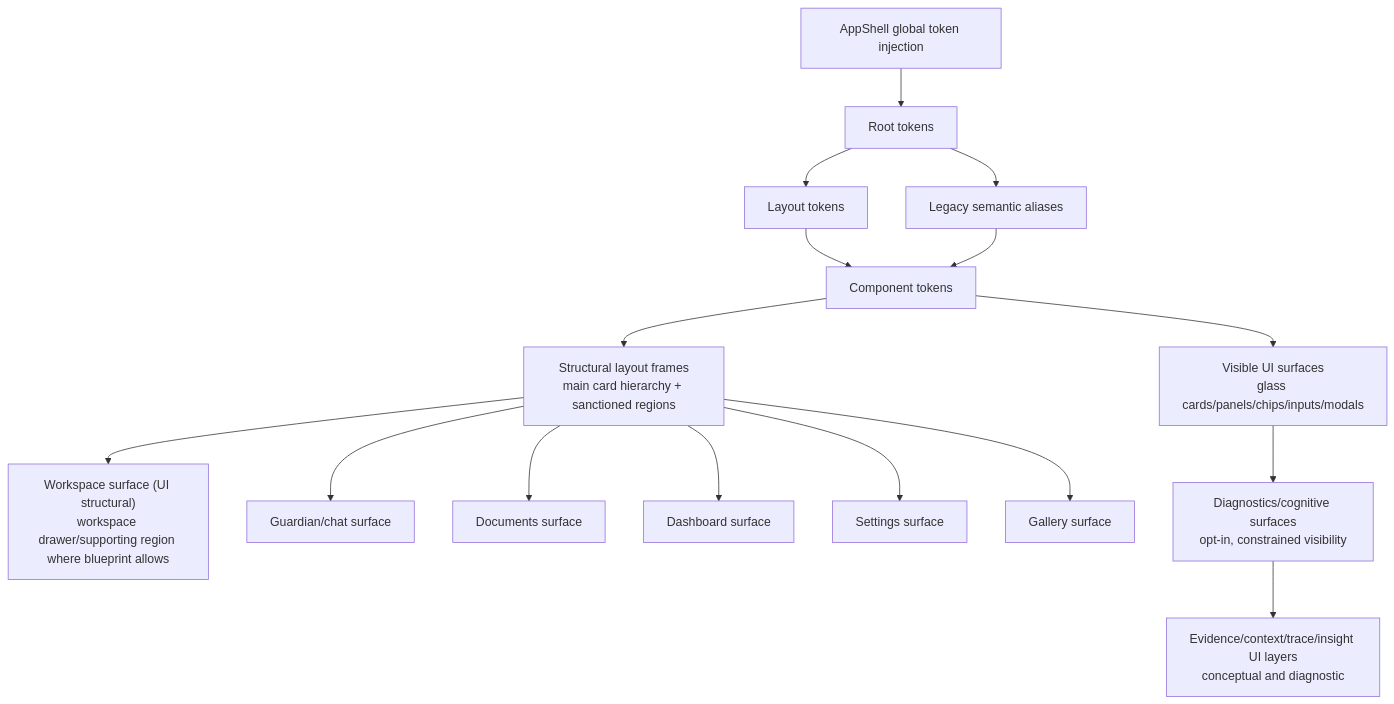
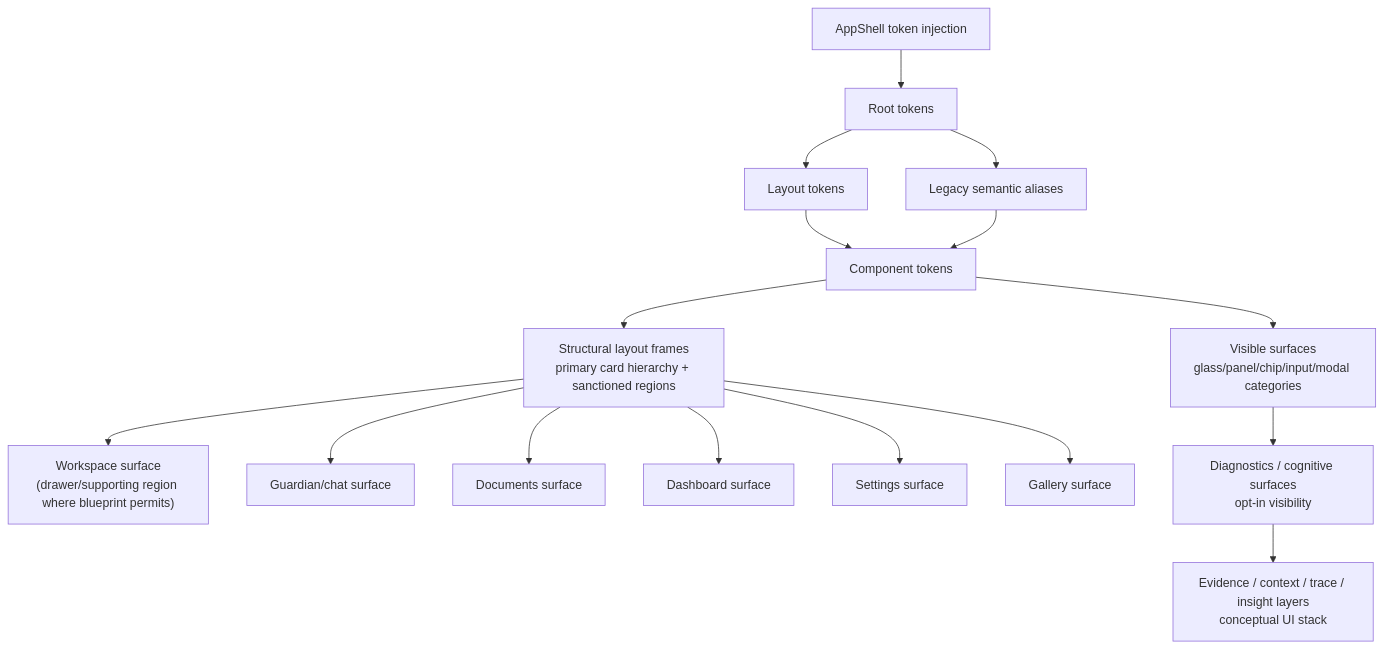
The fourth of 4 diagrams in docs/architecture/codexify-development-map-v1.md (Resonant-Jones/Codexify), drawn with Mermaid before and after one commit. The commit also changed other lines of this file and 9 other files, not shown here.

Commit message:
Fix development map Mermaid preview compatibility

````diff
--- a/docs/architecture/codexify-development-map-v1.md
+++ b/docs/architecture/codexify-development-map-v1.md
@@ -254,21 +262,21 @@
 ```mermaid
 flowchart TD
-    APP["AppShell global token injection"] --> ROOT["Root tokens"]
+    APP["AppShell token injection"] --> ROOT["Root tokens"]
     ROOT --> LAYOUT["Layout tokens"]
-    ROOT --> LEGACY["Legacy semantic aliases"]
-    LAYOUT --> COMPONENT["Component tokens"]
-    LEGACY --> COMPONENT
+    ROOT --> ALIAS["Legacy semantic aliases"]
+    LAYOUT --> COMP["Component tokens"]
+    ALIAS --> COMP
 
-    COMPONENT --> VISIBLE["Visible UI surfaces\nglass cards/panels/chips/inputs/modals"]
-    COMPONENT --> STRUCTURE["Structural layout frames\nmain card hierarchy + sanctioned regions"]
+    COMP --> SURF["Visible surfaces<br/>glass/panel/chip/input/modal categories"]
+    COMP --> FRAME["Structural layout frames<br/>primary card hierarchy + sanctioned regions"]
 
-    STRUCTURE --> WORKSPACE["Workspace surface (UI structural)\nworkspace drawer/supporting region where blueprint allows"]
-    STRUCTURE --> GUARDIAN["Guardian/chat surface"]
-    STRUCTURE --> DOCS["Documents surface"]
-    STRUCTURE --> DASH["Dashboard surface"]
-    STRUCTURE --> SETTINGS["Settings surface"]
-    STRUCTURE --> GALLERY["Gallery surface"]
+    FRAME --> WORKSPACE["Workspace surface<br/>(drawer/supporting region where blueprint permits)"]
+    FRAME --> GUARD["Guardian/chat surface"]
+    FRAME --> DOCVIEW["Documents surface"]
+    FRAME --> DASH["Dashboard surface"]
+    FRAME --> SETTINGS["Settings surface"]
+    FRAME --> GALLERY["Gallery surface"]
 
-    VISIBLE --> DIAG["Diagnostics/cognitive surfaces\nopt-in, constrained visibility"]
-    DIAG --> EVIDENCE["Evidence/context/trace/insight UI layers\nconceptual and diagnostic"]
+    SURF --> DIAG["Diagnostics / cognitive surfaces<br/>opt-in visibility"]
+    DIAG --> STACK["Evidence / context / trace / insight layers<br/>conceptual UI stack"]
 ```
````
